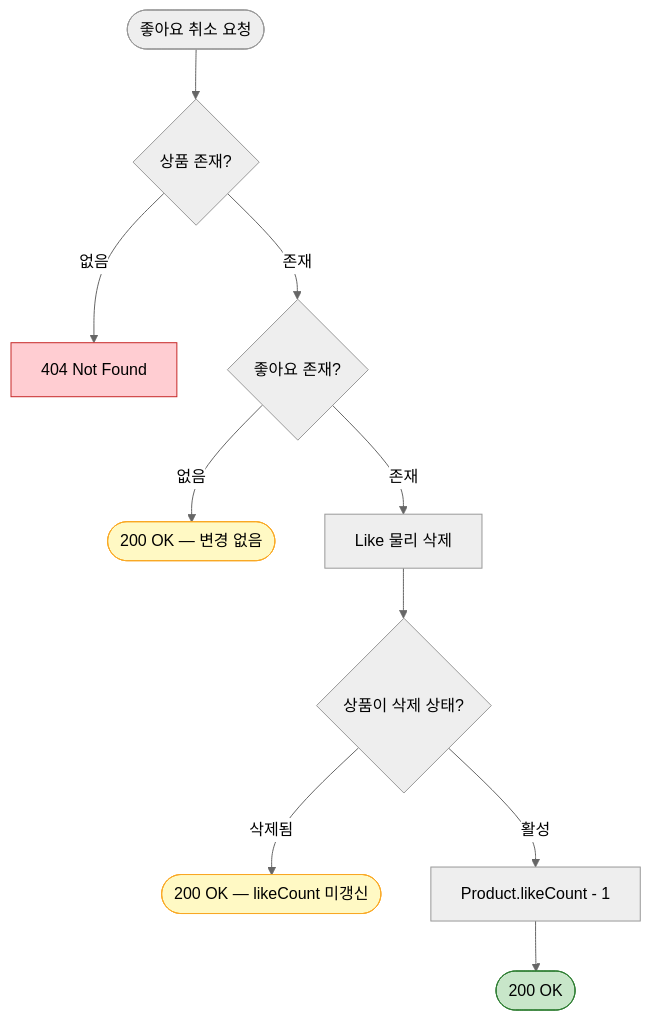
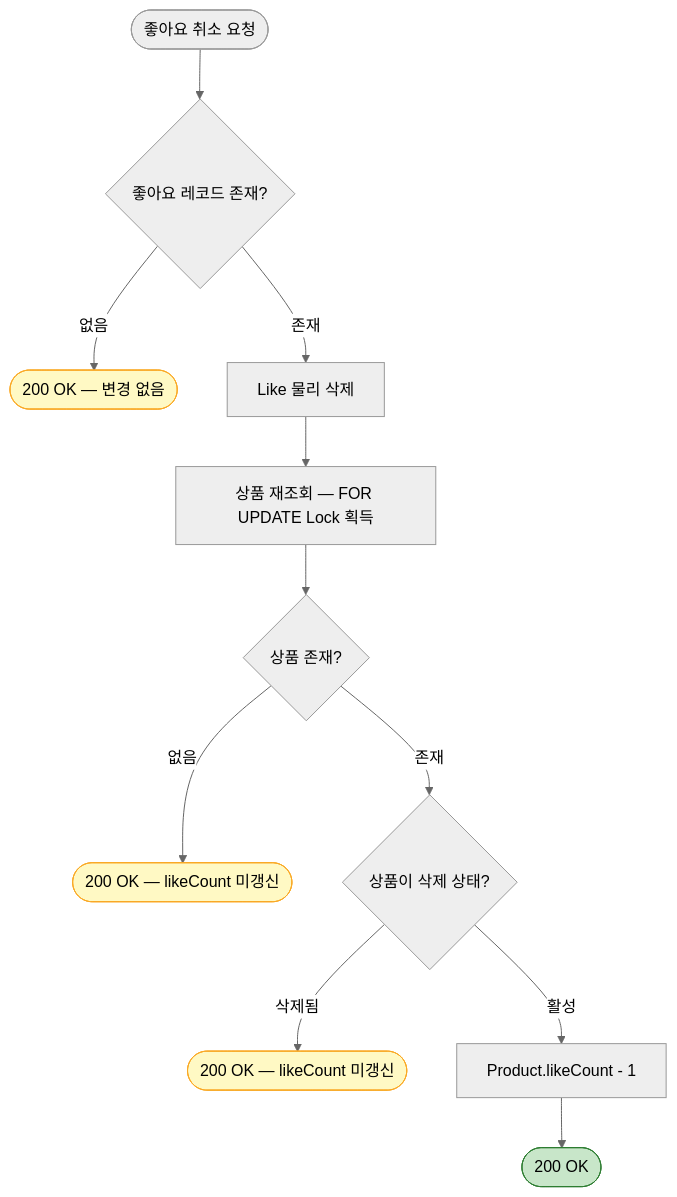
Before and after one commit to Loopers-dev-lab/loop-pack-be-l2-vol3-kotlin: the fourth of 6 diagrams in docs/design/05-flowcharts.md, drawn with Mermaid (neutral theme). The commit also changed other lines of this file and 6 other files, not shown here.

````diff
--- a/docs/design/05-flowcharts.md
+++ b/docs/design/05-flowcharts.md
@@ -128,18 +136,18 @@
 ```mermaid
 flowchart TB
-    Start([좋아요 취소 요청]) --> CheckProduct{상품 존재?}
-    CheckProduct -->|없음| Err404[404 Not Found]:::error
-
-    CheckProduct -->|존재| CheckLike{좋아요 존재?}
+    Start([좋아요 취소 요청]) --> CheckLike{좋아요 레코드 존재?}
     CheckLike -->|없음| Idempotent([200 OK — 변경 없음]):::idempotent
 
     CheckLike -->|존재| DeleteLike[Like 물리 삭제]
-    DeleteLike --> CheckDeleted{상품이 삭제 상태?}
-    CheckDeleted -->|삭제됨| SkipCount([200 OK — likeCount 미갱신]):::idempotent
+    DeleteLike --> AcquireLock[상품 재조회 — FOR UPDATE Lock 획득]
+    AcquireLock --> CheckProduct{상품 존재?}
+    CheckProduct -->|없음| SkipCount1([200 OK — likeCount 미갱신]):::idempotent
+    CheckProduct -->|존재| CheckDeleted{상품이 삭제 상태?}
+    CheckDeleted -->|삭제됨| SkipCount2([200 OK — likeCount 미갱신]):::idempotent
     CheckDeleted -->|활성| DecCount[Product.likeCount - 1]
     DecCount --> Success([200 OK]):::success
 
     classDef error fill:#ffcdd2,stroke:#c62828
     classDef success fill:#c8e6c9,stroke:#2e7d32
     classDef idempotent fill:#fff9c4,stroke:#f9a825
 ```
````
